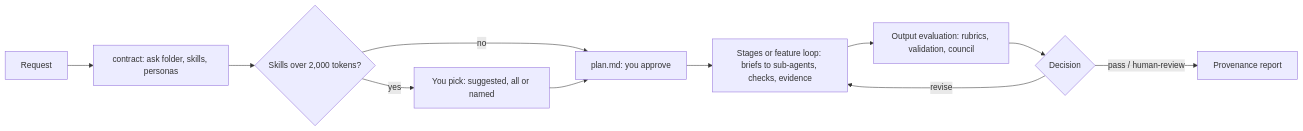
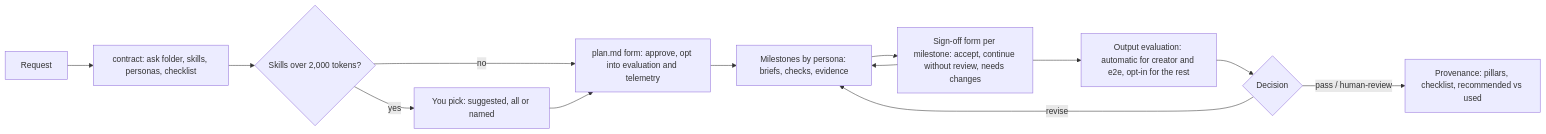
One commit to muralim-ai2/Frontier-HVE changed the first of 2 diagrams in docs/wiki/Ways-of-Working.md. Above: the diagram before and after it, drawn with Mermaid. The commit also changed other lines of this file and 41 other files, not shown here.

First line of the commit message:
Sign-off checklist, persona hand-offs, opt-in evaluation and telemetry, pillars (D-052); agent ledger, Agents table, parallel asks in own folders (D-053); extension 0.14.0

````diff
--- a/docs/wiki/Ways-of-Working.md
+++ b/docs/wiki/Ways-of-Working.md
@@ -29,13 +29,15 @@
 ```mermaid
 flowchart LR
-  R[Request] --> C[contract: ask folder, skills, personas]
+  R[Request] --> C[contract: ask folder, skills, personas, checklist]
   C --> Q{Skills over 2,000 tokens?}
   Q -- yes --> S[You pick: suggested, all or named]
   Q -- no --> P
-  S --> P[plan.md: you approve]
-  P --> L[Stages or feature loop: briefs to sub-agents, checks, evidence]
-  L --> E[Output evaluation: rubrics, validation, council]
+  S --> P[plan.md form: approve, opt into evaluation and telemetry]
+  P --> L[Milestones by persona: briefs, checks, evidence]
+  L --> G[Sign-off form per milestone: accept, continue without review, needs changes]
+  G --> L
+  G --> E[Output evaluation: automatic for creator and e2e, opt-in for the rest]
   E --> D{Decision}
   D -- revise --> L
-  D -- pass / human-review --> V[Provenance report]
+  D -- pass / human-review --> V[Provenance: pillars, checklist, recommended vs used]
 ```
````
